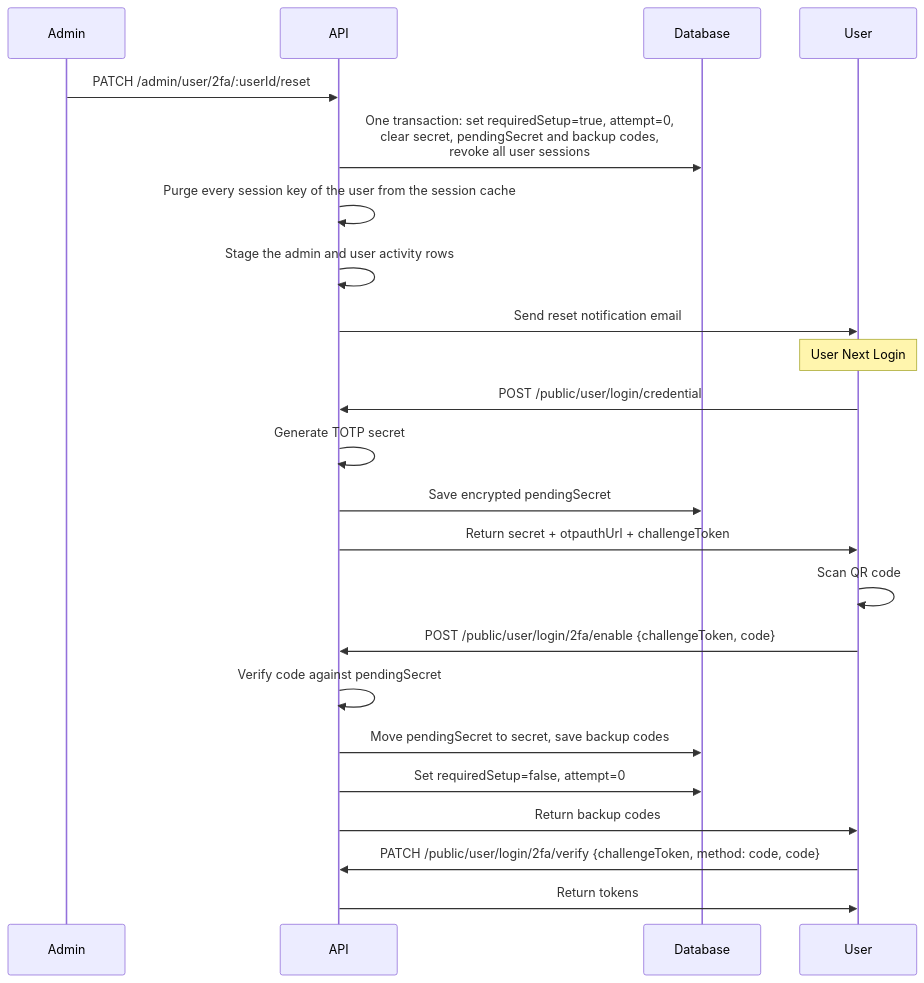
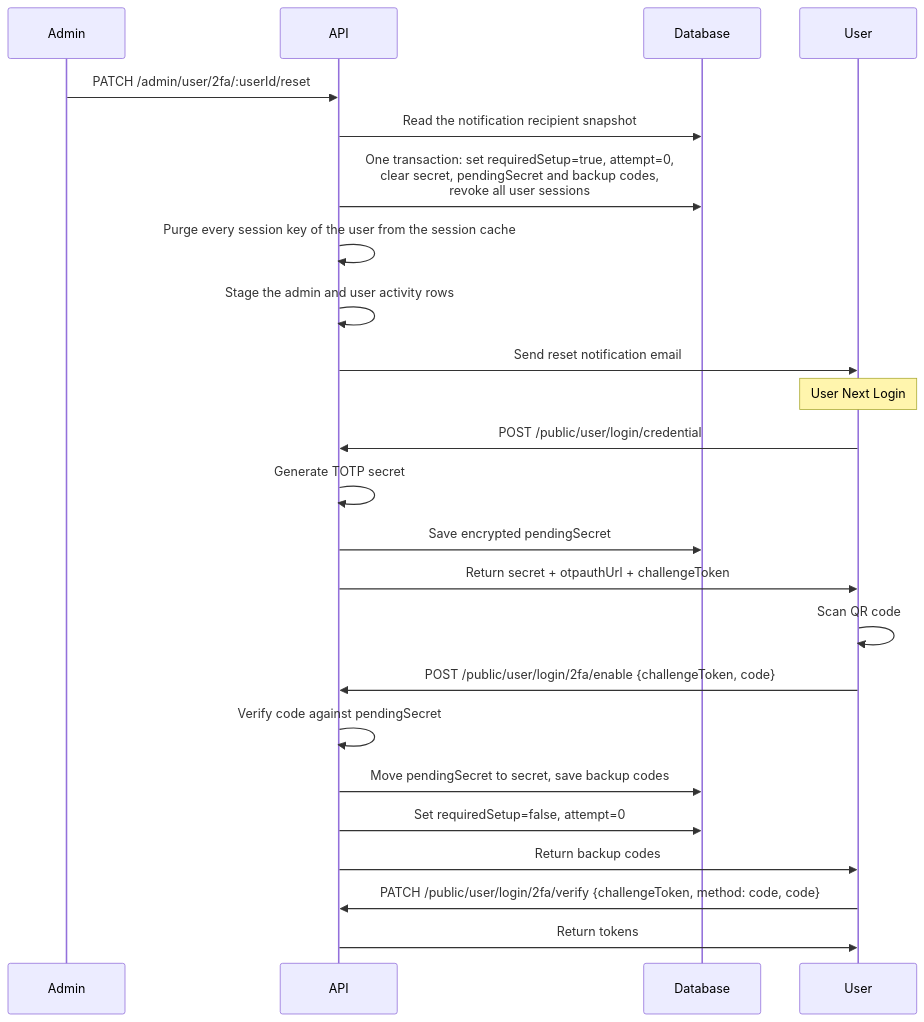
One commit to andrechristikan/ack-nestjs-boilerplate changed the third of 9 diagrams in docs/two-factor.md. Above: the diagram before and after it, drawn with Mermaid. The commit also changed other lines of this file and 102 other files, not shown here.

Commit message:
feat(notification): Snapshot job recipients and preferences at enqueue

````diff
--- a/docs/two-factor.md
+++ b/docs/two-factor.md
@@ -336,27 +336,28 @@
 ```mermaid
 sequenceDiagram
     participant Admin
     participant API
     participant Database
     participant User
 
     Admin->>API: PATCH /admin/user/2fa/:userId/reset
+    API->>Database: Read the notification recipient snapshot
     API->>Database: One transaction: set requiredSetup=true, attempt=0,<br/>clear secret, pendingSecret and backup codes,<br/>revoke all user sessions
     API->>API: Purge every session key of the user from the session cache
     API->>API: Stage the admin and user activity rows
     API->>User: Send reset notification email
 
     Note over User: User Next Login
     User->>API: POST /public/user/login/credential
     API->>API: Generate TOTP secret
     API->>Database: Save encrypted pendingSecret
     API->>User: Return secret + otpauthUrl + challengeToken
     User->>User: Scan QR code
     User->>API: POST /public/user/login/2fa/enable {challengeToken, code}
     API->>API: Verify code against pendingSecret
     API->>Database: Move pendingSecret to secret, save backup codes
     API->>Database: Set requiredSetup=false, attempt=0
     API->>User: Return backup codes
     User->>API: PATCH /public/user/login/2fa/verify {challengeToken, method: code, code}
     API->>User: Return tokens
 ```
````
